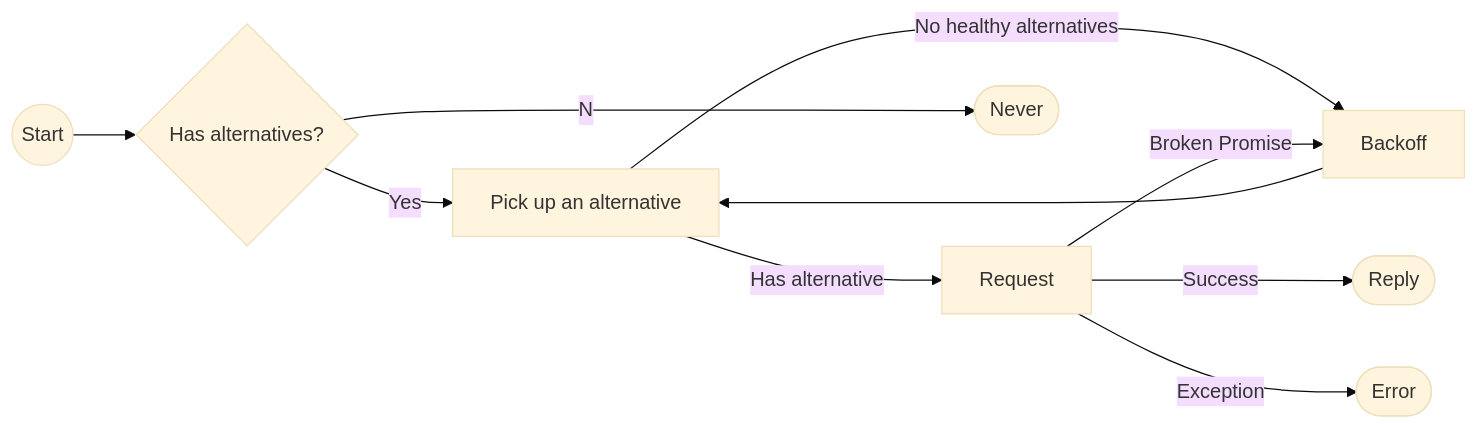
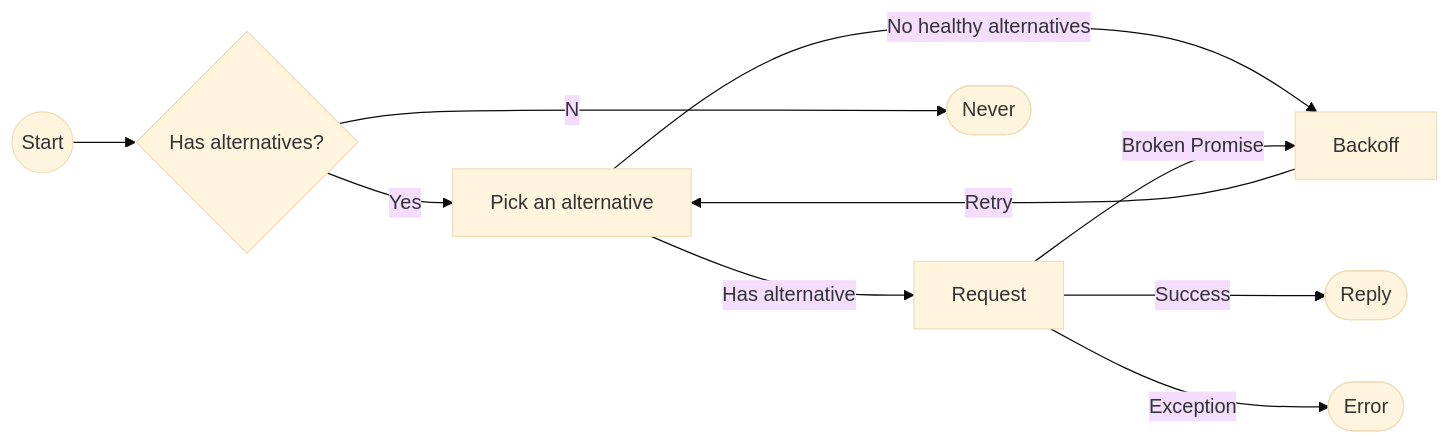
One commit to apple/foundationdb changed the first of 4 diagrams in design/LoadBalancing/LoadBalancing.md. Above: the diagram before and after it, drawn with Mermaid (base theme). The commit also changed other lines of this file, not shown here.

````diff
--- a/design/LoadBalancing/LoadBalancing.md
+++ b/design/LoadBalancing/LoadBalancing.md
@@ -17,17 +25,17 @@
 ```mermaid
 graph LR
     H0{Has alternatives?}
-    H1[Pick up an alternative]
+    H1[Pick an alternative]
     H2[Backoff]
     H3[Request]
     H4([Reply])
     H5([Error])
     H6([Never])
     H((Start)) --> H0
     H0 --No--> H6
     H0 --Yes--> H1
-    H1 --No healthy alternatives--> H2 --> H1
+    H1 --No healthy alternatives--> H2 --Retry--> H1
     H1 --Has alternative--> H3 --Success--> H4
     H3 --Exception--> H5
     H3 --Broken Promise --> H2
 ```
````
